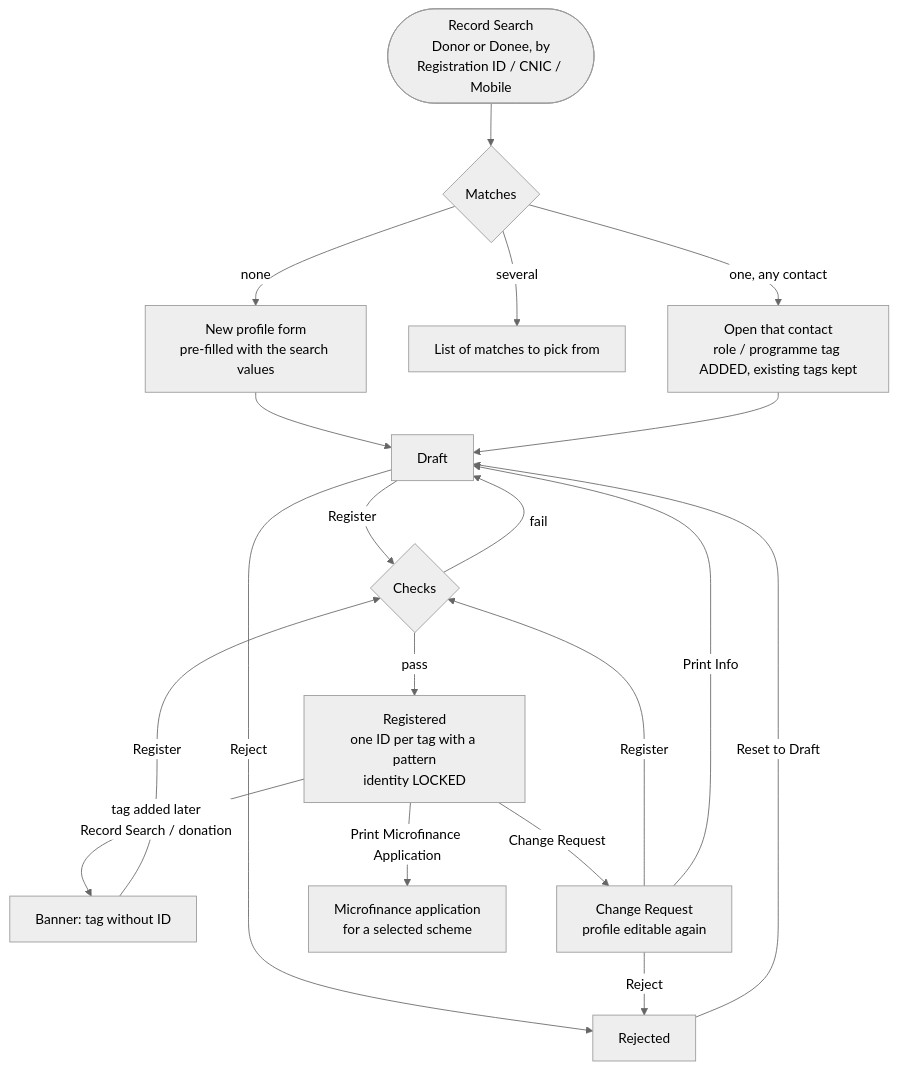
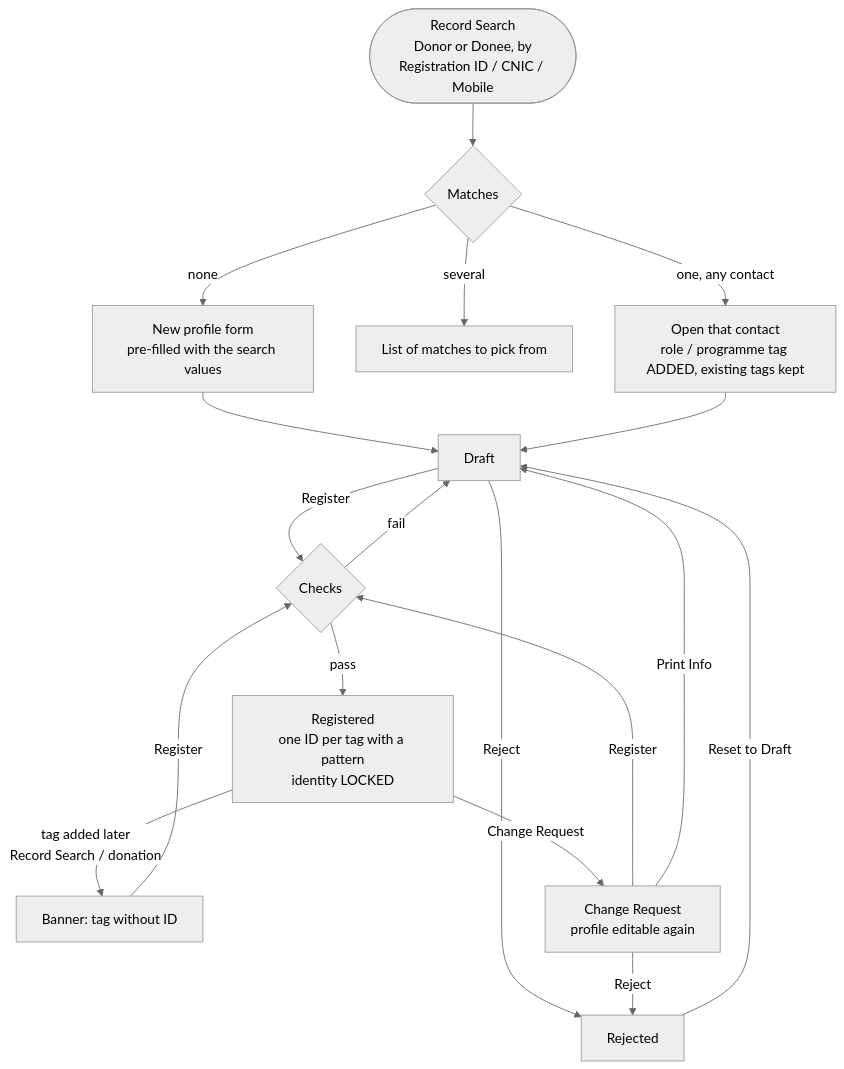
The diagram in custom-addons/bn_profile_management/README.md (Saylani-Welfare-Trust/swit-odoo), drawn with Mermaid (neutral theme) before and after one commit. The commit also changed other lines of this file and 18 other files, not shown here.

````diff
--- a/custom-addons/bn_profile_management/README.md
+++ b/custom-addons/bn_profile_management/README.md
@@ -29,21 +28,20 @@
 ```mermaid
 flowchart TD
     A([Record Search<br/>Donor or Donee, by<br/>Registration ID / CNIC / Mobile]) --> B{Matches}
     B -->|one, any contact| F[Open that contact<br/>role / programme tag ADDED, existing tags kept]
     B -->|several| L[List of matches to pick from]
     B -->|none| N[New profile form<br/>pre-filled with the search values]
     N --> D[Draft]
     F --> D
     D -->|Register| V{Checks}
     V -->|fail| D
     V -->|pass| R[Registered<br/>one ID per tag with a pattern<br/>identity LOCKED]
     R -->|tag added later<br/>Record Search / donation| NT[Banner: tag without ID]
     NT -->|Register| V
     R -->|Change Request| CR[Change Request<br/>profile editable again]
     CR -->|Register| V
     CR -->|Print Info| D
     D -->|Reject| RJ[Rejected]
     CR -->|Reject| RJ
     RJ -->|Reset to Draft| D
-    R -->|Print Microfinance Application| MF[Microfinance application<br/>for a selected scheme]
 ```
````
